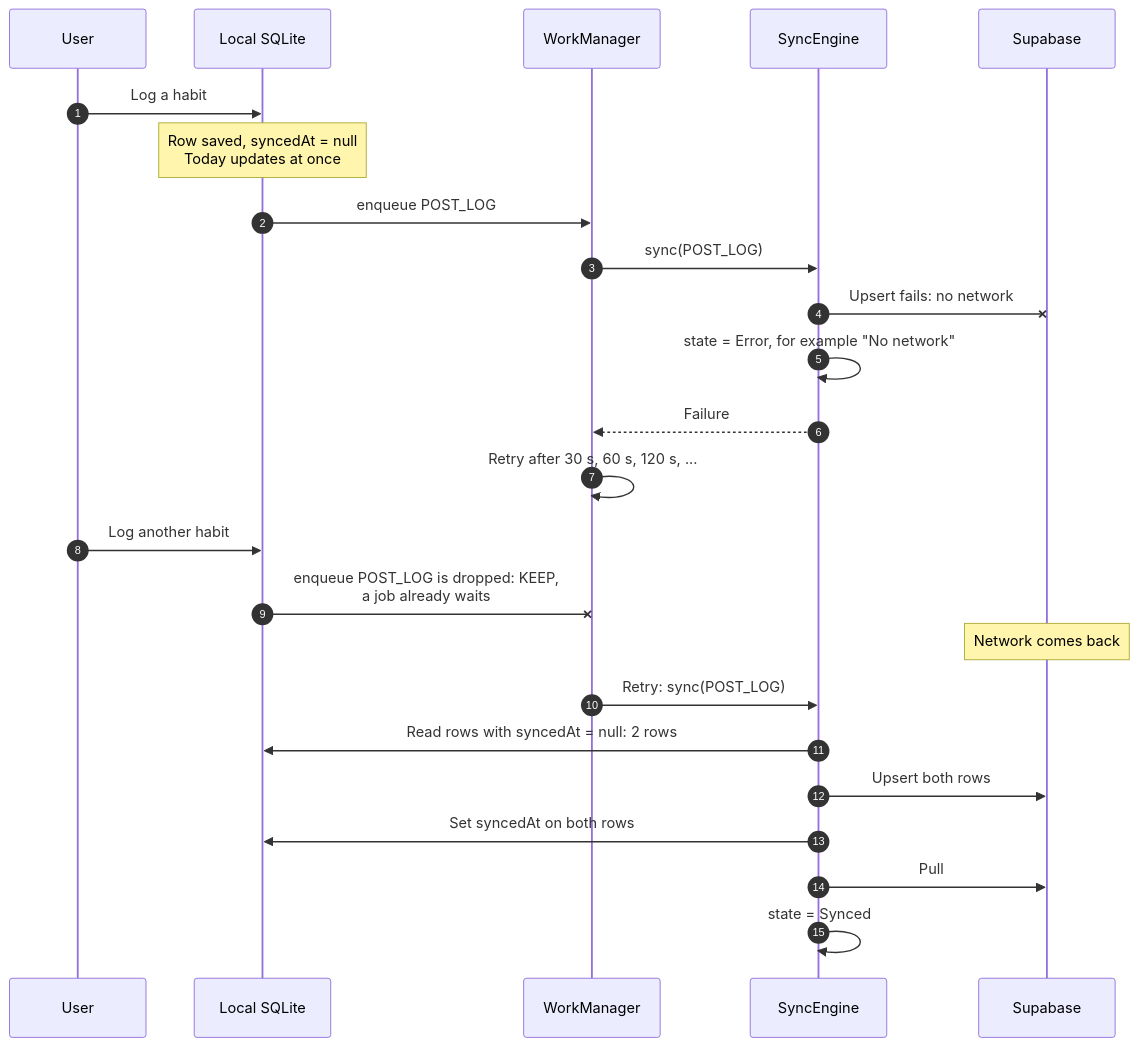
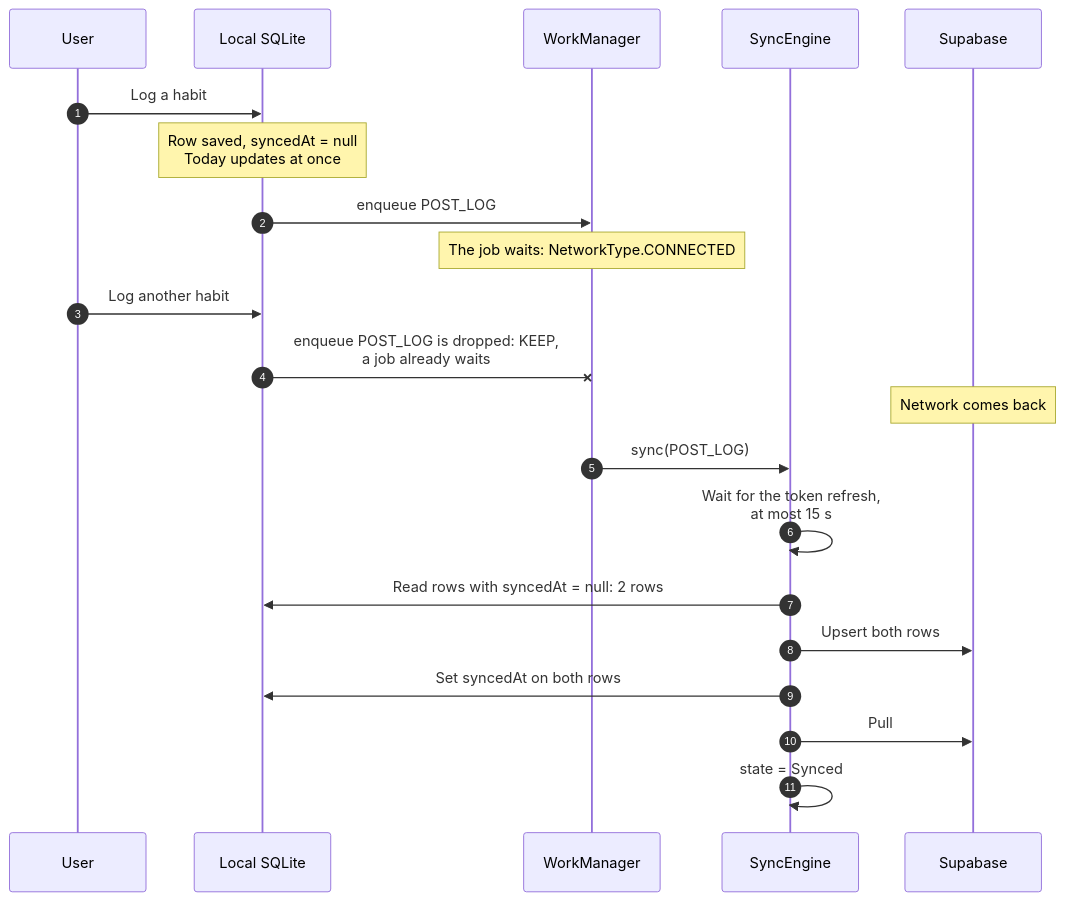
The sixth of 11 diagrams in docs/sync-flow.md (jokot/habit-tracker), drawn with Mermaid before and after one commit. The commit also changed other lines of this file and 5 other files, not shown here.

First line of the commit message:
fix(sync): wait for the network, and sync after a widget log

````diff
--- a/docs/sync-flow.md
+++ b/docs/sync-flow.md
@@ -200,27 +201,24 @@
 ```mermaid
 sequenceDiagram
     autonumber
     participant U as User
     participant L as Local SQLite
     participant W as WorkManager
     participant E as SyncEngine
     participant S as Supabase
 
     U->>L: Log a habit
     Note over L: Row saved, syncedAt = null<br/>Today updates at once
     L->>W: enqueue POST_LOG
-    W->>E: sync(POST_LOG)
-    E-xS: Upsert fails: no network
-    E->>E: state = Error, for example "No network"
-    E-->>W: Failure
-    W->>W: Retry after 30 s, 60 s, 120 s, ...
+    Note over W: The job waits: NetworkType.CONNECTED
     U->>L: Log another habit
     L-xW: enqueue POST_LOG is dropped: KEEP,<br/>a job already waits
     Note over S: Network comes back
-    W->>E: Retry: sync(POST_LOG)
+    W->>E: sync(POST_LOG)
+    E->>E: Wait for the token refresh,<br/>at most 15 s
     E->>L: Read rows with syncedAt = null: 2 rows
     E->>S: Upsert both rows
     E->>L: Set syncedAt on both rows
     E->>S: Pull
     E->>E: state = Synced
 ```
````
